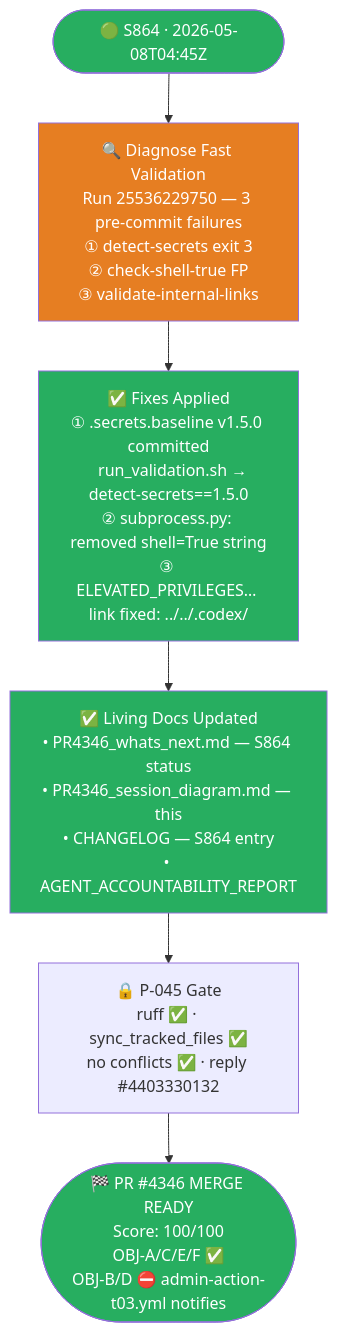
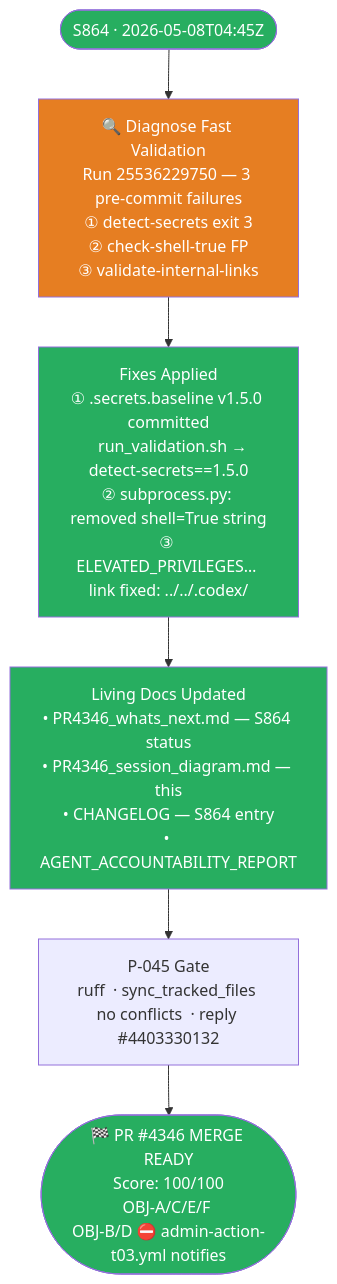
One commit to Aries-Serpent/_codex_ changed the first of 26 diagrams in docs/sessions/PR4346_session_diagram.md. Above: the diagram before and after it, drawn with Mermaid. The commit also changed other lines of this file and 2029 other files, not shown here.

````diff
--- a/docs/sessions/PR4346_session_diagram.md
+++ b/docs/sessions/PR4346_session_diagram.md
@@ -12,21 +14,21 @@
 ```mermaid
-%%{init: {'accessibility': {'title': 'Flowchart showing "🟢 S864 · 2026-05-08T04:45Z", "🔍 Diagnose Fast Validation\nRun 25536229750 — 3 pre-commit failures\n① detect-secrets exit 3\n② check-shell-true FP\n③ validate-internal-links"'}}%%
+%%{init: {'accessibility': {'title': 'Flowchart showing " S864 · 2026-05-08T04:45Z", "🔍 Diagnose Fast Validation\nRun 25536229750 — 3 pre-commit failures\n① detect-secrets exit 3\n② check-shell-true FP\n③ validate-internal-links"'}}%%
 flowchart TD
-    START(["🟢 S864 · 2026-05-08T04:45Z"]) --> DIAG
+    START([" S864 · 2026-05-08T04:45Z"]) --> DIAG
 
     DIAG["🔍 Diagnose Fast Validation\nRun 25536229750 — 3 pre-commit failures\n① detect-secrets exit 3\n② check-shell-true FP\n③ validate-internal-links"] --> FIX
 
-    FIX["✅ Fixes Applied\n① .secrets.baseline v1.5.0 committed\n   run_validation.sh → detect-secrets==1.5.0\n② subprocess.py: removed shell=True string\n③ ELEVATED_PRIVILEGES… link fixed: ../../.codex/"] --> DOCS
+    FIX[" Fixes Applied\n① .secrets.baseline v1.5.0 committed\n   run_validation.sh → detect-secrets==1.5.0\n② subprocess.py: removed shell=True string\n③ ELEVATED_PRIVILEGES… link fixed: ../../.codex/"] --> DOCS
 
-    DOCS["✅ Living Docs Updated\n• PR4346_whats_next.md — S864 status\n• PR4346_session_diagram.md — this\n• CHANGELOG — S864 entry\n• AGENT_ACCOUNTABILITY_REPORT"] --> GATE
+    DOCS[" Living Docs Updated\n• PR4346_whats_next.md — S864 status\n• PR4346_session_diagram.md — this\n• CHANGELOG — S864 entry\n• AGENT_ACCOUNTABILITY_REPORT"] --> GATE
 
-    GATE["🔒 P-045 Gate\nruff ✅ · sync_tracked_files ✅\nno conflicts ✅ · reply #4403330132"] --> END
+    GATE[" P-045 Gate\nruff  · sync_tracked_files \nno conflicts  · reply #4403330132"] --> END
 
-    END(["🏁 PR #4346 MERGE READY\nScore: 100/100\nOBJ-A/C/E/F ✅\nOBJ-B/D ⛔ admin-action-t03.yml notifies"])
+    END(["🏁 PR #4346 MERGE READY\nScore: 100/100\nOBJ-A/C/E/F \nOBJ-B/D ⛔ admin-action-t03.yml notifies"])
 
     style START fill:#27ae60,color:#fff
     style END fill:#27ae60,color:#fff
     style DIAG fill:#e67e22,color:#fff
     style FIX fill:#27ae60,color:#fff
     style DOCS fill:#27ae60,color:#fff
 ```
````
